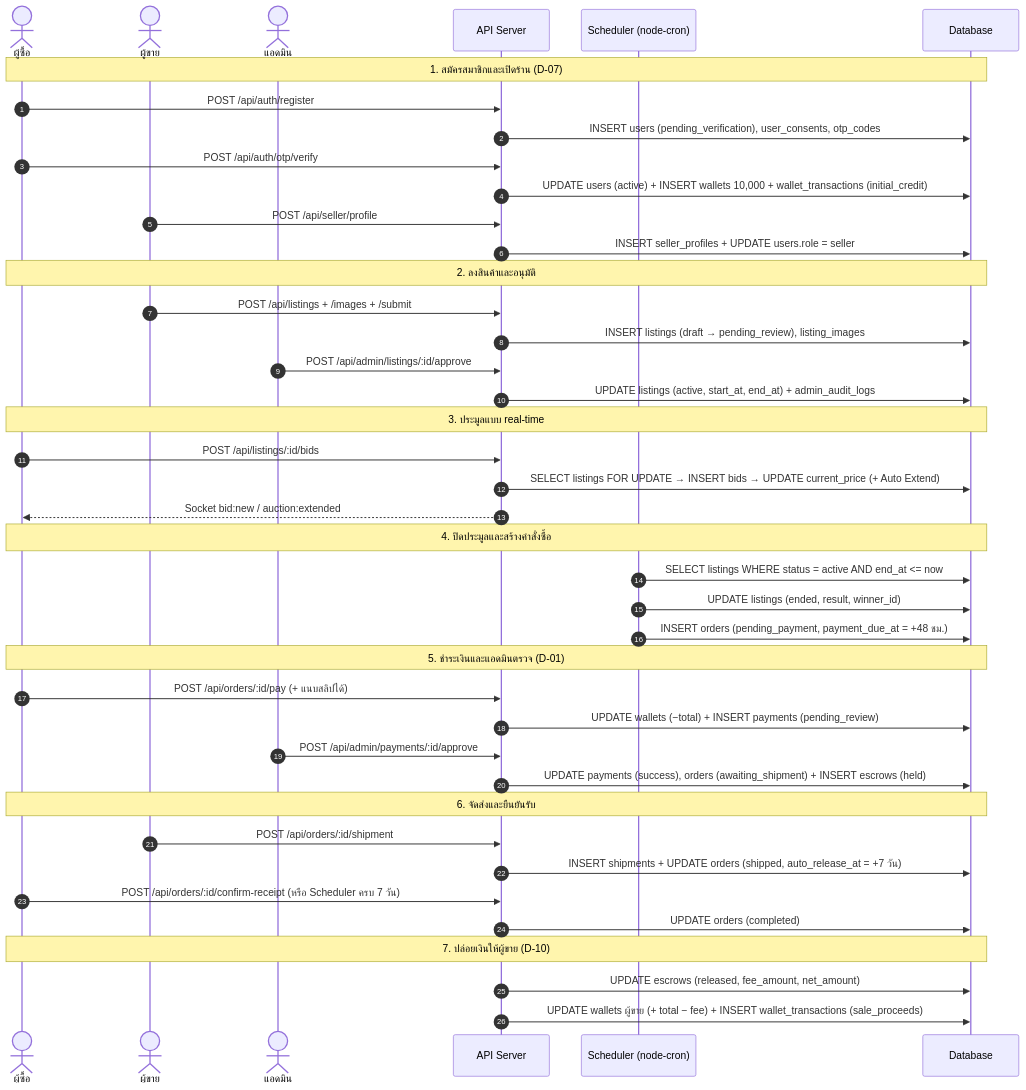
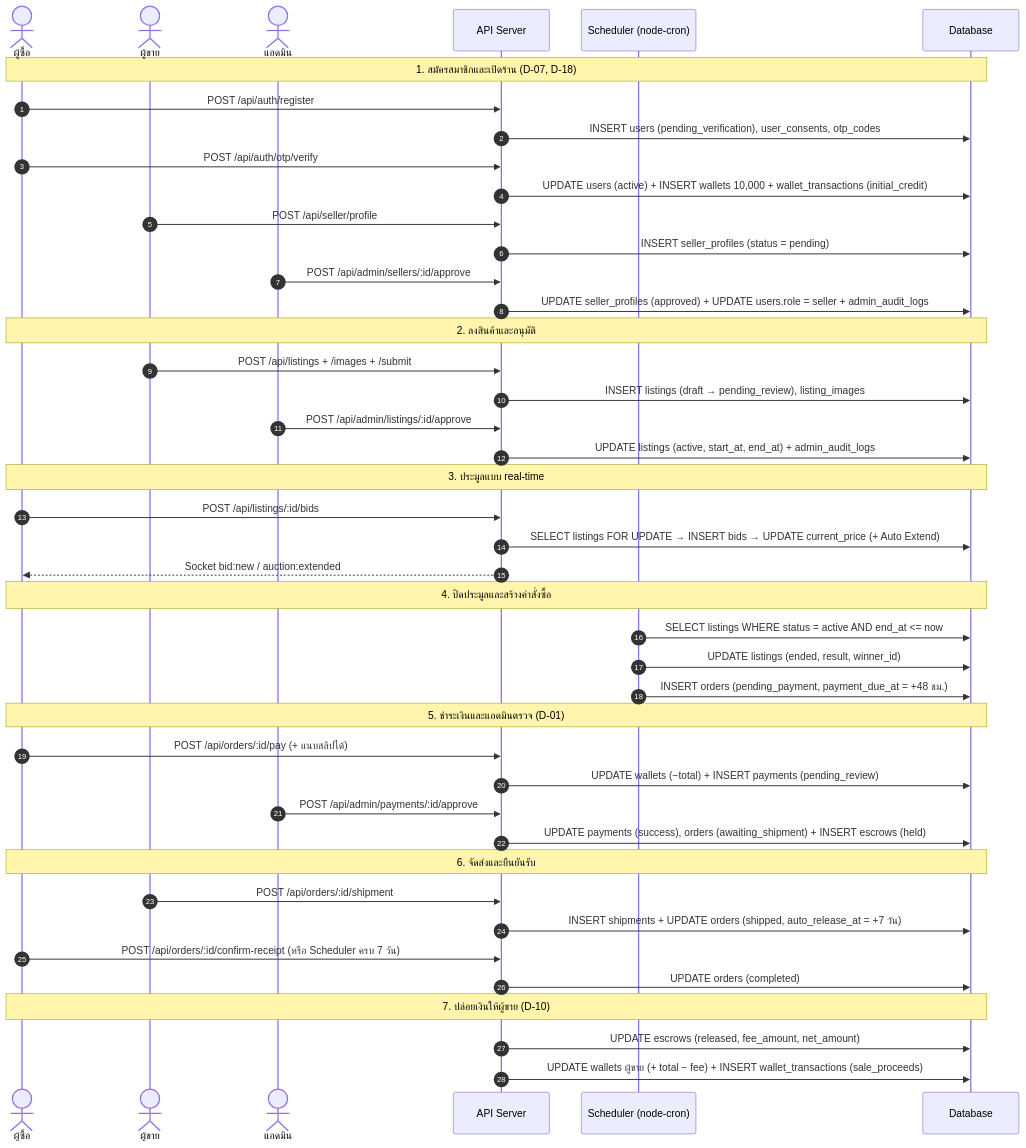
One commit to BUTTERCAKE06/rakadee changed the first of 9 diagrams in docs/erd/README.md. Above: the diagram before and after it, drawn with Mermaid. The commit also changed other lines of this file and 4 other files, not shown here.

Commit message:
docs(erd): update state diagrams and align ERD; fix(payment,escrow): satang precision and status field

````diff
--- a/docs/erd/README.md
+++ b/docs/erd/README.md
@@ -43,50 +44,52 @@
 ```mermaid
 sequenceDiagram
     autonumber
     actor Buyer as ผู้ซื้อ
     actor Seller as ผู้ขาย
     actor Admin as แอดมิน
     participant API as API Server
     participant Worker as Scheduler (node-cron)
     participant DB as Database
 
-    Note over Buyer, DB: 1. สมัครสมาชิกและเปิดร้าน (D-07)
+    Note over Buyer, DB: 1. สมัครสมาชิกและเปิดร้าน (D-07, D-18)
     Buyer->>API: POST /api/auth/register
     API->>DB: INSERT users (pending_verification), user_consents, otp_codes
     Buyer->>API: POST /api/auth/otp/verify
     API->>DB: UPDATE users (active) + INSERT wallets 10,000 + wallet_transactions (initial_credit)
     Seller->>API: POST /api/seller/profile
-    API->>DB: INSERT seller_profiles + UPDATE users.role = seller
+    API->>DB: INSERT seller_profiles (status = pending)
+    Admin->>API: POST /api/admin/sellers/:id/approve
+    API->>DB: UPDATE seller_profiles (approved) + UPDATE users.role = seller + admin_audit_logs
 
     Note over Buyer, DB: 2. ลงสินค้าและอนุมัติ
     Seller->>API: POST /api/listings + /images + /submit
     API->>DB: INSERT listings (draft → pending_review), listing_images
     Admin->>API: POST /api/admin/listings/:id/approve
     API->>DB: UPDATE listings (active, start_at, end_at) + admin_audit_logs
 
     Note over Buyer, DB: 3. ประมูลแบบ real-time
     Buyer->>API: POST /api/listings/:id/bids
     API->>DB: SELECT listings FOR UPDATE → INSERT bids → UPDATE current_price (+ Auto Extend)
     API-->>Buyer: Socket bid:new / auction:extended
 
     Note over Buyer, DB: 4. ปิดประมูลและสร้างคำสั่งซื้อ
     Worker->>DB: SELECT listings WHERE status = active AND end_at <= now
     Worker->>DB: UPDATE listings (ended, result, winner_id)
     Worker->>DB: INSERT orders (pending_payment, payment_due_at = +48 ชม.)
 
     Note over Buyer, DB: 5. ชำระเงินและแอดมินตรวจ (D-01)
     Buyer->>API: POST /api/orders/:id/pay (+ แนบสลิปได้)
     API->>DB: UPDATE wallets (−total) + INSERT payments (pending_review)
     Admin->>API: POST /api/admin/payments/:id/approve
     API->>DB: UPDATE payments (success), orders (awaiting_shipment) + INSERT escrows (held)
 
     Note over Buyer, DB: 6. จัดส่งและยืนยันรับ
     Seller->>API: POST /api/orders/:id/shipment
     API->>DB: INSERT shipments + UPDATE orders (shipped, auto_release_at = +7 วัน)
     Buyer->>API: POST /api/orders/:id/confirm-receipt (หรือ Scheduler ครบ 7 วัน)
     API->>DB: UPDATE orders (completed)
 
     Note over Buyer, DB: 7. ปล่อยเงินให้ผู้ขาย (D-10)
     API->>DB: UPDATE escrows (released, fee_amount, net_amount)
     API->>DB: UPDATE wallets ผู้ขาย (+ total − fee) + INSERT wallet_transactions (sale_proceeds)
 ```
````
